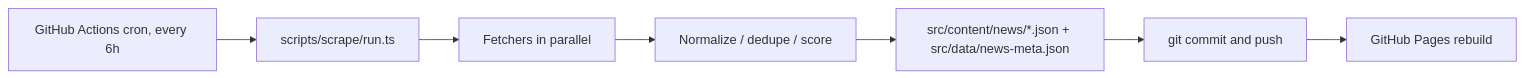
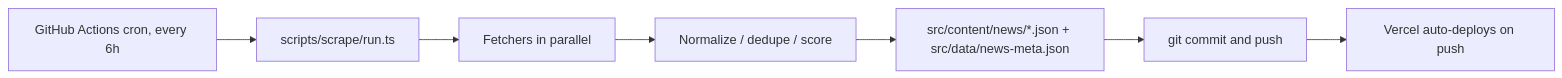
One commit to judexuhs/Hantavirus-cruise changed the diagram in README.md. Above: the diagram before and after it, drawn with Mermaid. The commit also changed other lines of this file and 3 other files, not shown here.

First line of the commit message:
chore: switch hosting from GitHub Pages to Vercel

````diff
--- a/README.md
+++ b/README.md
@@ -10,9 +11,9 @@
 ```mermaid
 flowchart LR
   Cron[GitHub Actions cron, every 6h] --> Run[scripts/scrape/run.ts]
   Run --> Fetchers[Fetchers in parallel]
   Fetchers --> Pipeline[Normalize / dedupe / score]
   Pipeline --> Files[src/content/news/*.json + src/data/news-meta.json]
   Files --> Commit[git commit and push]
-  Commit --> Pages[GitHub Pages rebuild]
+  Commit --> Vercel[Vercel auto-deploys on push]
 ```
````
